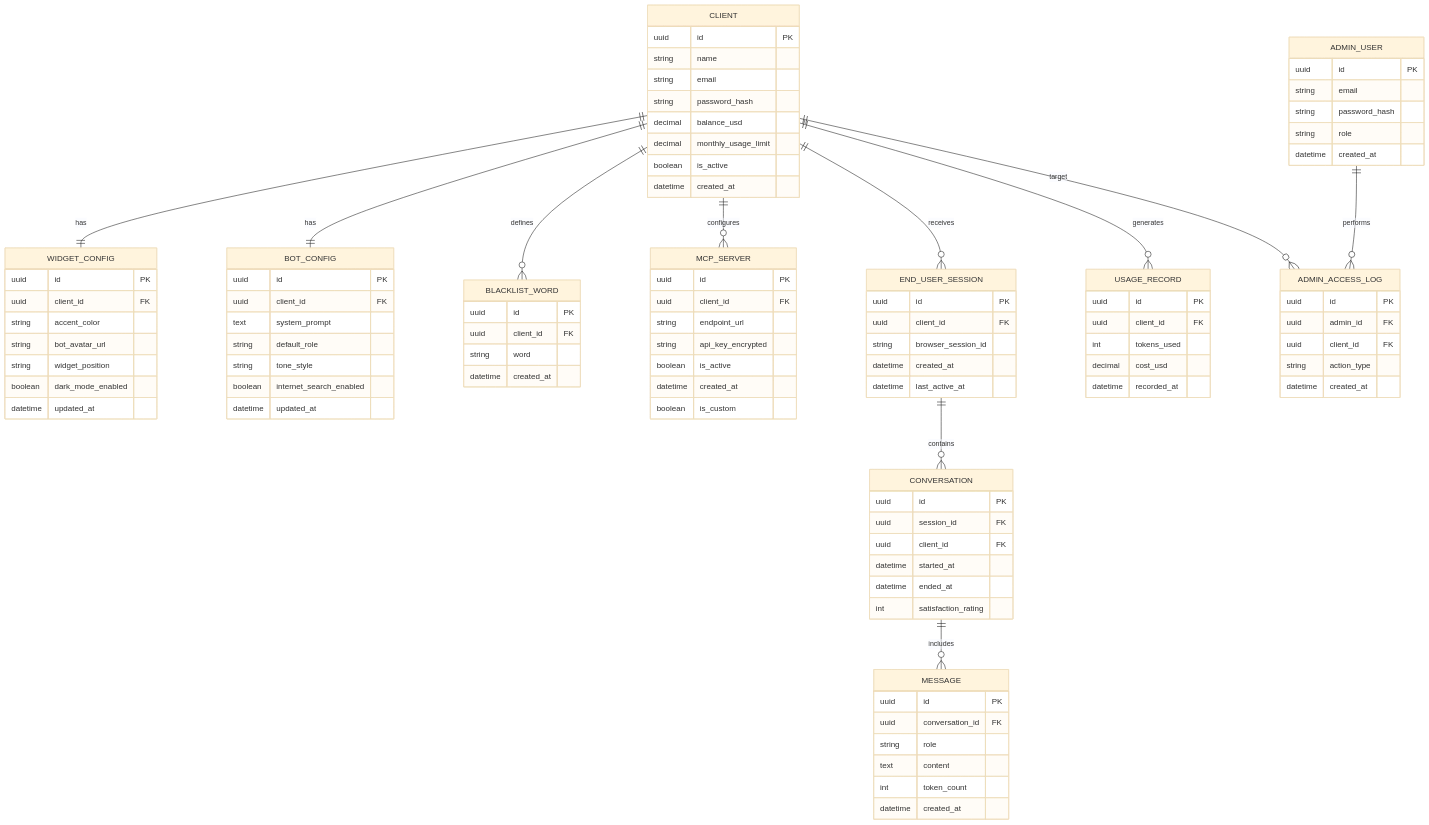
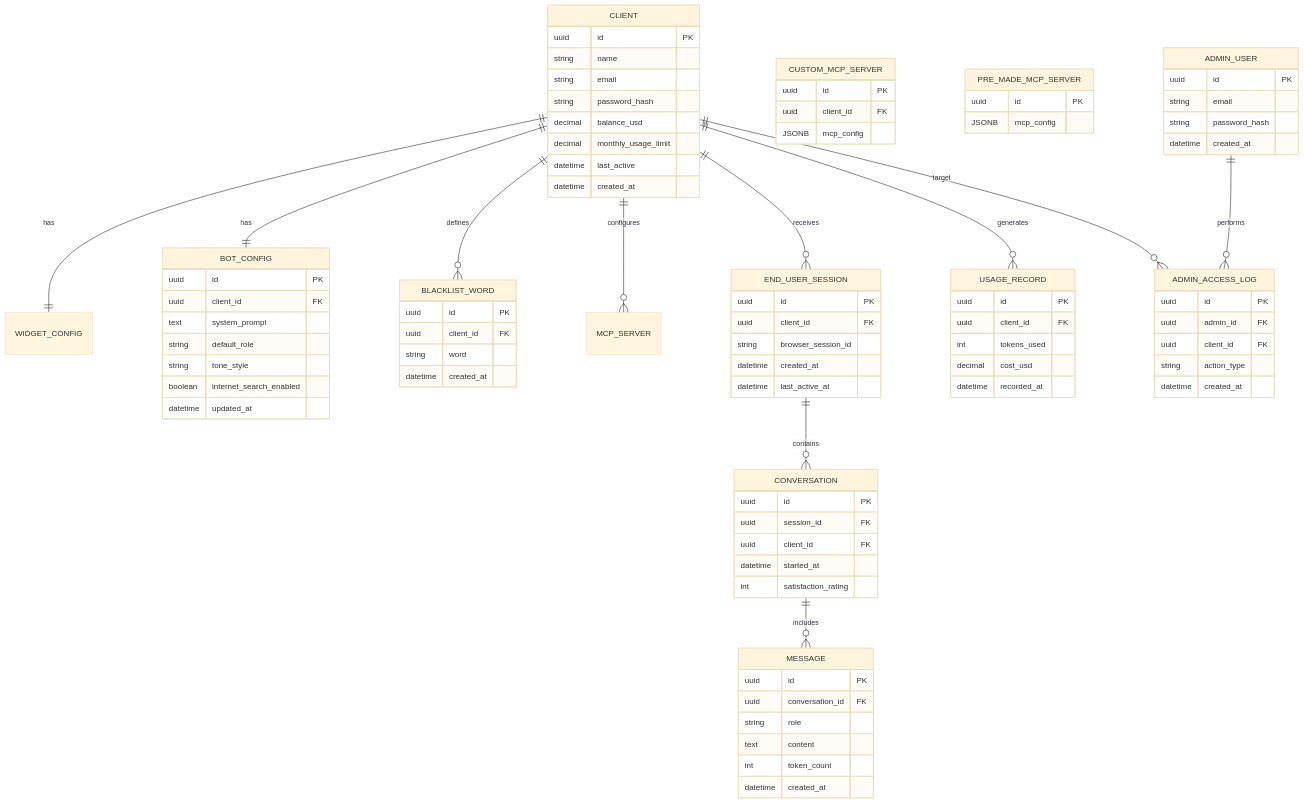
The diagram in docs/architecture/ERD/main-mermaid.md (Fidasek009/pb138), drawn with Mermaid (base theme) before and after one commit. The commit also changed 3 other files, not shown here.

```diff
--- a/docs/architecture/ERD/main-mermaid.md
+++ b/docs/architecture/ERD/main-mermaid.md
@@ -7,18 +7,8 @@
         string password_hash
         decimal balance_usd
         decimal monthly_usage_limit
-        boolean is_active
+        datetime last_active
         datetime created_at
-    }
-
-    WIDGET_CONFIG {
-        uuid id PK
-        uuid client_id FK
-        string accent_color
-        string bot_avatar_url
-        string widget_position
-        boolean dark_mode_enabled
-        datetime updated_at
     }
 
     BOT_CONFIG {
@@ -38,14 +28,15 @@
         datetime created_at
     }
 
-    MCP_SERVER {
+    CUSTOM_MCP_SERVER {
         uuid id PK
         uuid client_id FK
-        string endpoint_url
-        string api_key_encrypted
-        boolean is_active
-        datetime created_at
-        boolean is_custom
+        JSONB mcp_config
+    }
+
+    PRE_MADE_MCP_SERVER {
+        uuid id PK
+        JSONB mcp_config
     }
 
     END_USER_SESSION {
@@ -61,7 +52,6 @@
         uuid session_id FK
         uuid client_id FK
         datetime started_at
-        datetime ended_at
         int satisfaction_rating
     }
 
@@ -86,7 +76,6 @@
         uuid id PK
         string email
         string password_hash
-        string role
         datetime created_at
     }
 
```
